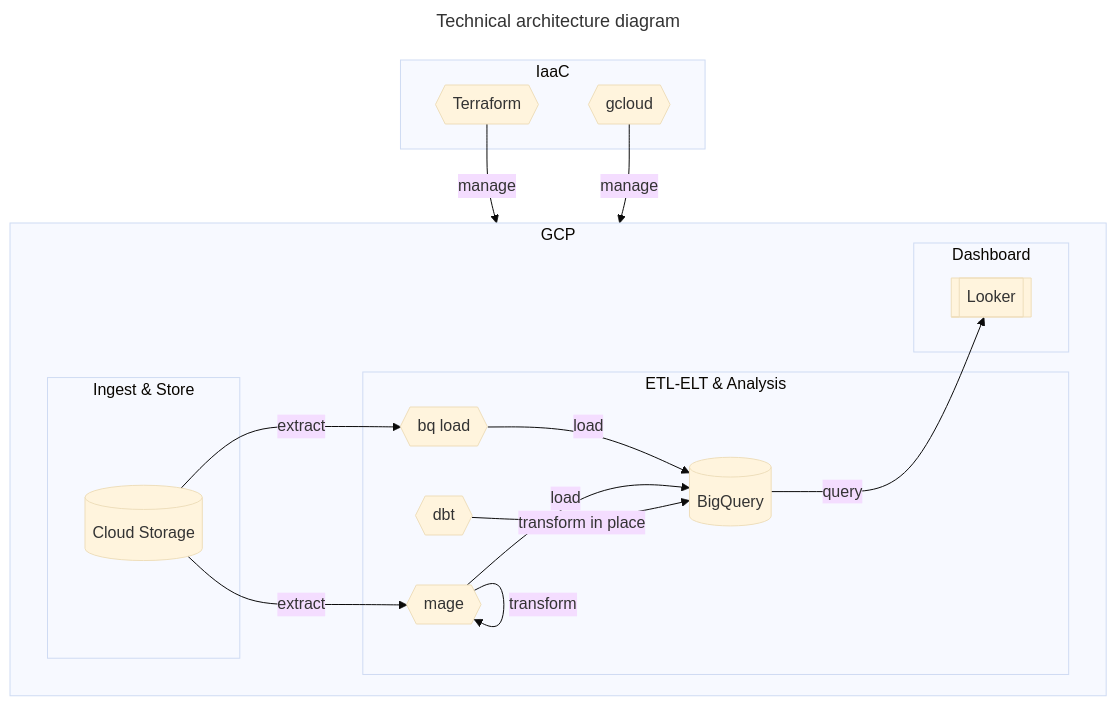
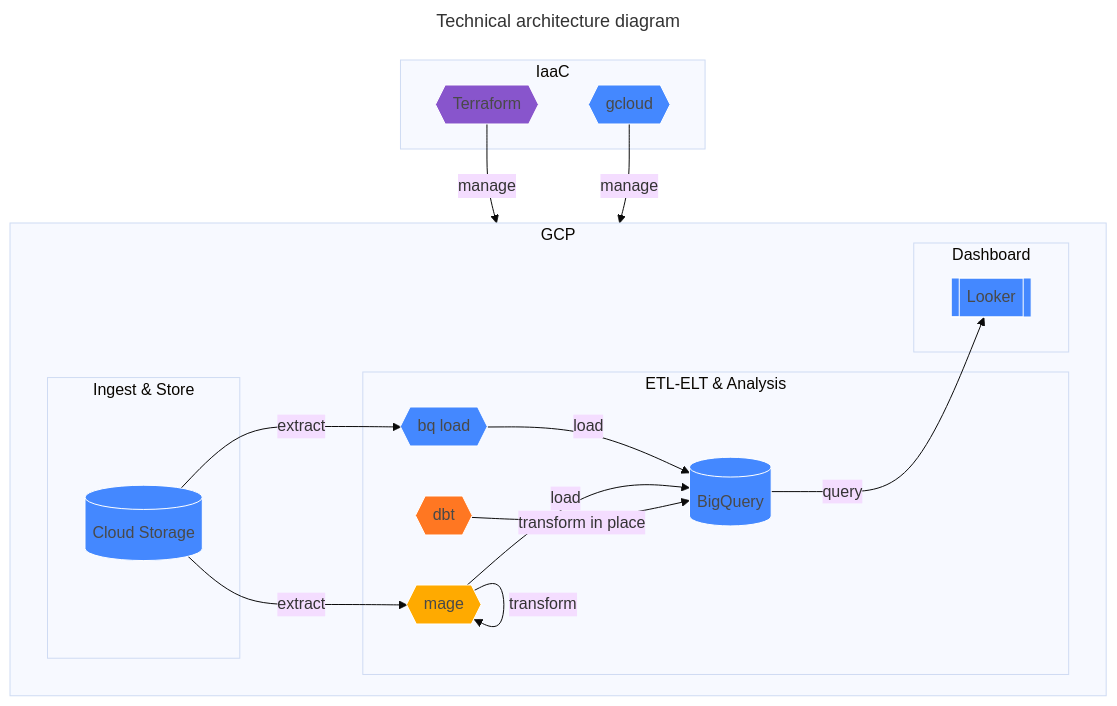
One commit to scali/monkey-wrench changed the diagram in README.md. Above: the diagram before and after it, drawn with Mermaid (base theme).

````diff
--- a/README.md
+++ b/README.md
@@ -55,36 +55,46 @@
 ```mermaid
 ---
 title: Technical architecture diagram
 ---
 flowchart TB
 
 	subgraph IaaC
 		tf{{Terraform}}
 	gcloud{{gcloud}}
 	end
 
 	subgraph gcp [GCP]
 	subgraph "Ingest & Store"
 	  gs[(Cloud Storage)]
 	end
 	subgraph "ETL-ELT & Analysis"
 	  bql{{bq load}}
 	  mage{{mage}}
 	  dbt{{dbt}}
 	  bq[(BigQuery)]
 	end
 	subgraph Dashboard
 	  loo[[Looker]]
 	end
 	end
 
 	tf -- manage --> gcp
 	gcloud -- manage --> gcp
 	gs -- extract --> bql
 	bql -- load --> bq
 	gs -- extract --> mage
 	mage -- transform --> mage
 	mage -- load --> bq
 	dbt -- "transform in place" --> bq
 	bq -- query --> loo
+
+
+style tf fill:#85c,stroke:#fff,color:#494949
+style gs fill:#48f,stroke:#fff,color:#494949
+style gcloud fill:#48f,stroke:#fff,color:#494949
+style bql fill:#48f,stroke:#fff,color:#494949
+style bq fill:#48f,stroke:#fff,color:#494949
+style mage fill:#fa0,stroke:#fff,color:#494949
+style dbt fill:#f72,stroke:#fff,color:#494949
+style loo fill:#48f,stroke:#fff,color:#494949
 ```
````
